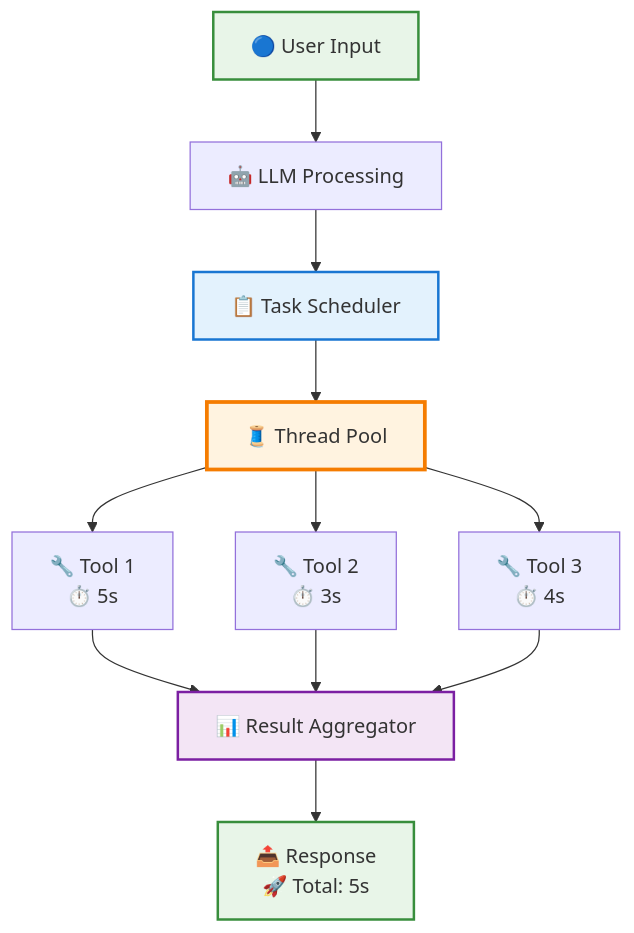
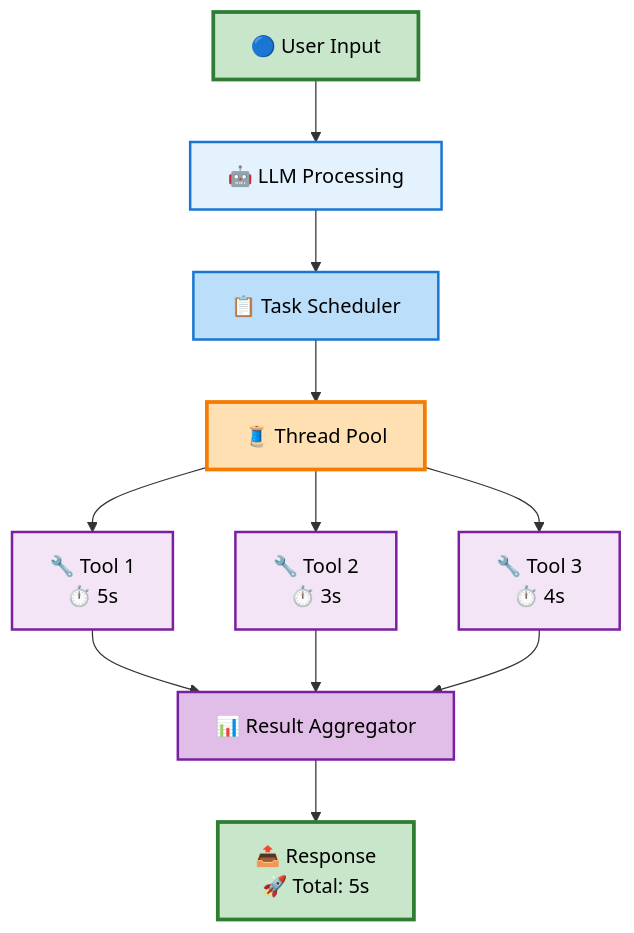
Before and after one commit to CodingButter/advanced-mcp-client: the fifth of 9 diagrams in README.md, drawn with Mermaid. The commit also changed other lines of this file, not shown here.

````diff
--- a/README.md
+++ b/README.md
@@ -172,21 +233,25 @@
 ```mermaid
 graph TD
     A2[🔵 User Input] --> B2[🤖 LLM Processing]
     B2 --> C2[📋 Task Scheduler]
     C2 --> D2[🧵 Thread Pool]
     
     D2 --> E2[🔧 Tool 1<br/>⏱️ 5s]
     D2 --> F2[🔧 Tool 2<br/>⏱️ 3s]
     D2 --> G2[🔧 Tool 3<br/>⏱️ 4s]
     
     E2 --> H2[📊 Result Aggregator]
     F2 --> H2
     G2 --> H2
     H2 --> I2[📤 Response<br/>🚀 Total: 5s]
     
-    style A2 fill:#e8f5e8,stroke:#388e3c,stroke-width:2px
-    style I2 fill:#e8f5e8,stroke:#388e3c,stroke-width:2px
-    style D2 fill:#fff3e0,stroke:#f57c00,stroke-width:3px
-    style C2 fill:#e3f2fd,stroke:#1976d2,stroke-width:2px
-    style H2 fill:#f3e5f5,stroke:#7b1fa2,stroke-width:2px
+    style A2 fill:#c8e6c9,stroke:#2e7d32,stroke-width:3px,color:#000
+    style I2 fill:#c8e6c9,stroke:#2e7d32,stroke-width:3px,color:#000
+    style D2 fill:#ffe0b3,stroke:#f57c00,stroke-width:3px,color:#000
+    style C2 fill:#bbdefb,stroke:#1976d2,stroke-width:2px,color:#000
+    style H2 fill:#e1bee7,stroke:#7b1fa2,stroke-width:2px,color:#000
+    style B2 fill:#e3f2fd,stroke:#1976d2,stroke-width:2px,color:#000
+    style E2 fill:#f3e5f5,stroke:#7b1fa2,stroke-width:2px,color:#000
+    style F2 fill:#f3e5f5,stroke:#7b1fa2,stroke-width:2px,color:#000
+    style G2 fill:#f3e5f5,stroke:#7b1fa2,stroke-width:2px,color:#000
 ```
````
